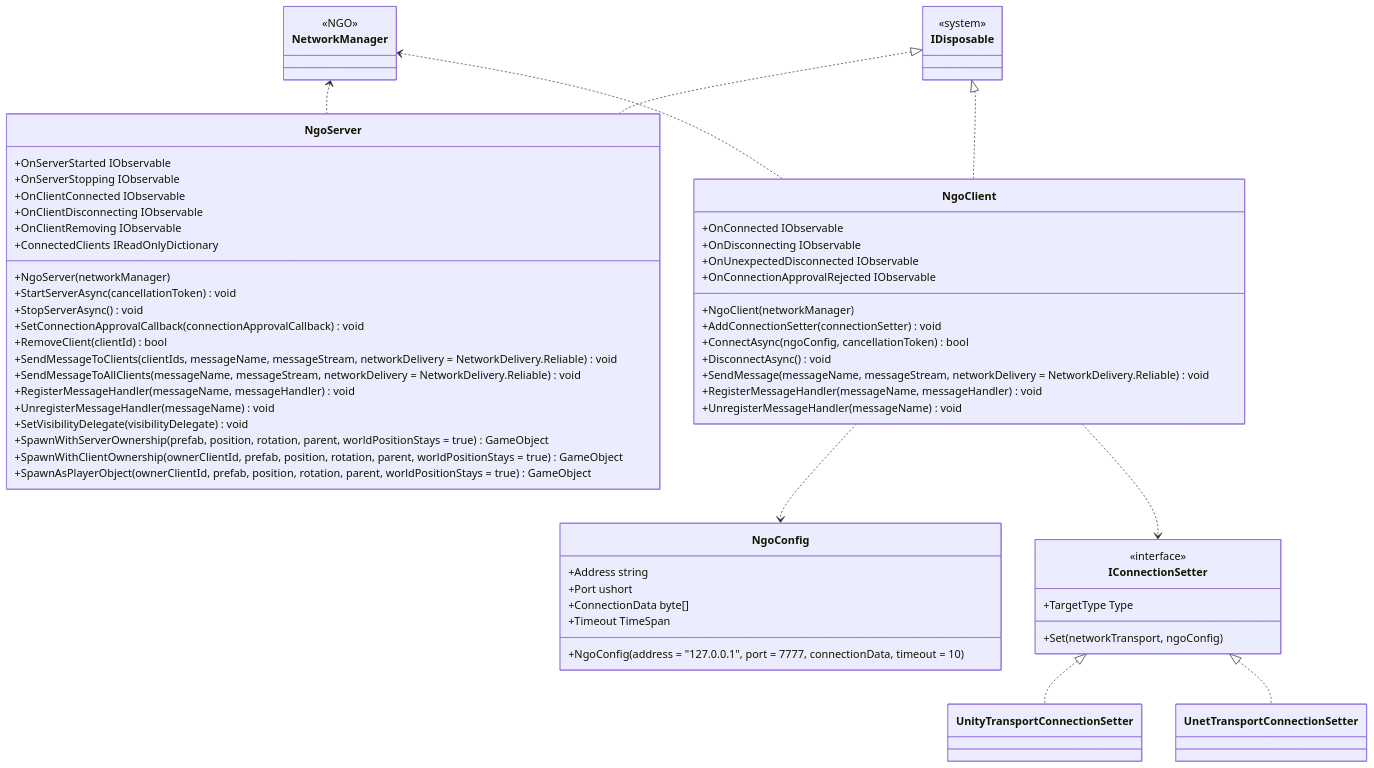
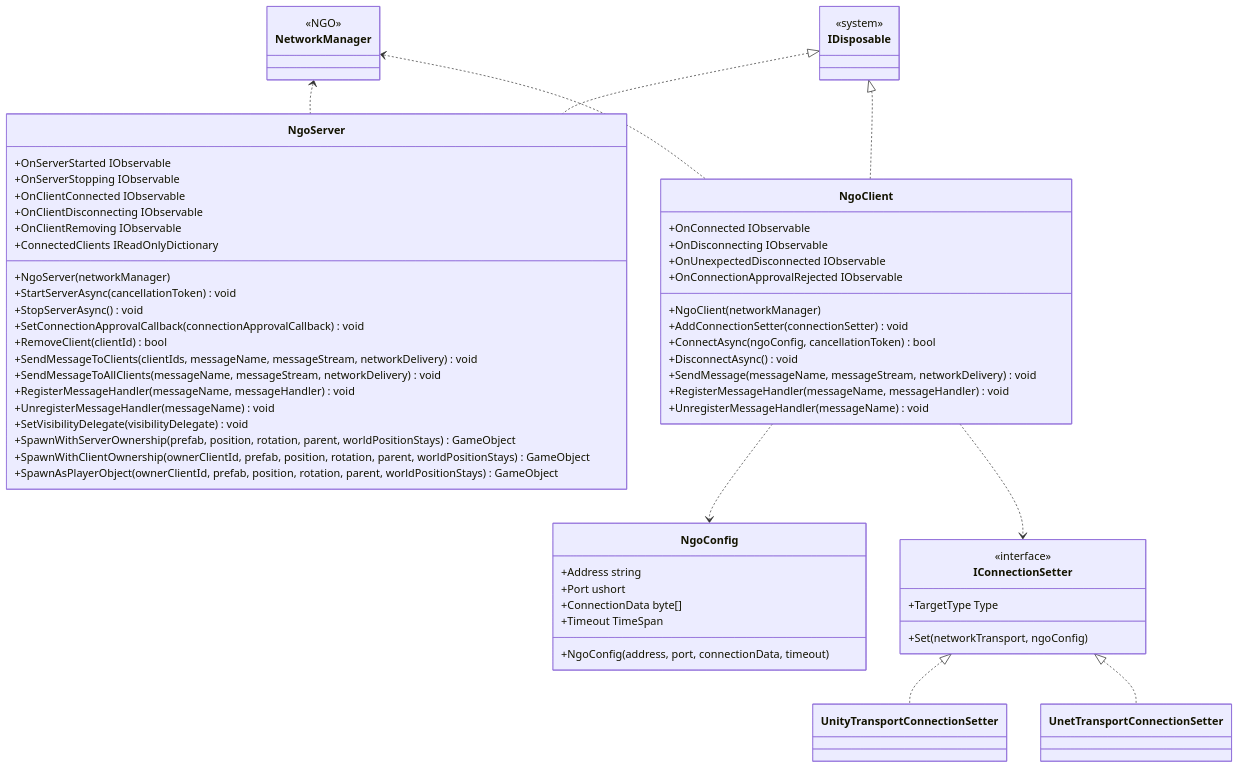
The diagram in docs/integration/multiplay.ngo.md (extreal-dev/Extreal.Guide), drawn with Mermaid before and after one commit. The commit also changed 1 other file, not shown here.

Commit message:
メソッドの引数のデフォルト値を削除

````diff
--- a/docs/integration/multiplay.ngo.md
+++ b/docs/integration/multiplay.ngo.md
@@ -69,76 +69,76 @@
 ```mermaid
 classDiagram
 
     NetworkManager <.. NgoServer
     NetworkManager <.. NgoClient
     NgoClient ..> NgoConfig
     NgoClient ..> IConnectionSetter
     IConnectionSetter <|.. UnityTransportConnectionSetter
     IConnectionSetter <|.. UnetTransportConnectionSetter
     IDisposable <|.. NgoServer
     IDisposable <|.. NgoClient
 
     class NetworkManager {
         <<NGO>>
     }
 
     class NgoServer {
         +OnServerStarted IObservable
         +OnServerStopping IObservable
         +OnClientConnected IObservable
         +OnClientDisconnecting IObservable
         +OnClientRemoving IObservable
         +ConnectedClients IReadOnlyDictionary
         +NgoServer(networkManager)
         +StartServerAsync(cancellationToken) void
         +StopServerAsync() void
         +SetConnectionApprovalCallback(connectionApprovalCallback) void
         +RemoveClient(clientId) bool
-        +SendMessageToClients(clientIds, messageName, messageStream, networkDelivery = NetworkDelivery.Reliable) void
-        +SendMessageToAllClients(messageName, messageStream, networkDelivery = NetworkDelivery.Reliable) void
+        +SendMessageToClients(clientIds, messageName, messageStream, networkDelivery) void
+        +SendMessageToAllClients(messageName, messageStream, networkDelivery) void
         +RegisterMessageHandler(messageName, messageHandler) void
         +UnregisterMessageHandler(messageName) void
         +SetVisibilityDelegate(visibilityDelegate) void
-        +SpawnWithServerOwnership(prefab, position, rotation, parent, worldPositionStays = true) GameObject
-        +SpawnWithClientOwnership(ownerClientId, prefab, position, rotation, parent, worldPositionStays = true) GameObject
-        +SpawnAsPlayerObject(ownerClientId, prefab, position, rotation, parent, worldPositionStays = true) GameObject
+        +SpawnWithServerOwnership(prefab, position, rotation, parent, worldPositionStays) GameObject
+        +SpawnWithClientOwnership(ownerClientId, prefab, position, rotation, parent, worldPositionStays) GameObject
+        +SpawnAsPlayerObject(ownerClientId, prefab, position, rotation, parent, worldPositionStays) GameObject
     }
 
     class NgoClient {
         +OnConnected IObservable
         +OnDisconnecting IObservable
         +OnUnexpectedDisconnected IObservable
         +OnConnectionApprovalRejected IObservable
         +NgoClient(networkManager)
         +AddConnectionSetter(connectionSetter) void
         +ConnectAsync(ngoConfig, cancellationToken) bool
         +DisconnectAsync() void
-        +SendMessage(messageName, messageStream, networkDelivery = NetworkDelivery.Reliable) void
+        +SendMessage(messageName, messageStream, networkDelivery) void
         +RegisterMessageHandler(messageName, messageHandler) void
         +UnregisterMessageHandler(messageName) void
     }
 
     class NgoConfig {
         +Address string
         +Port ushort
         +ConnectionData byte[]
         +Timeout TimeSpan
-        +NgoConfig(address = "127.0.0.1", port = 7777, connectionData, timeout = 10)
+        +NgoConfig(address, port, connectionData, timeout)
     }
 
     class IConnectionSetter {
         <<interface>>
         +TargetType Type
         +Set(networkTransport, ngoConfig)
     }
 
     class UnityTransportConnectionSetter {
     }
 
     class UnetTransportConnectionSetter {
     }
 
     class IDisposable {
         <<system>>
     }
 ```
````
